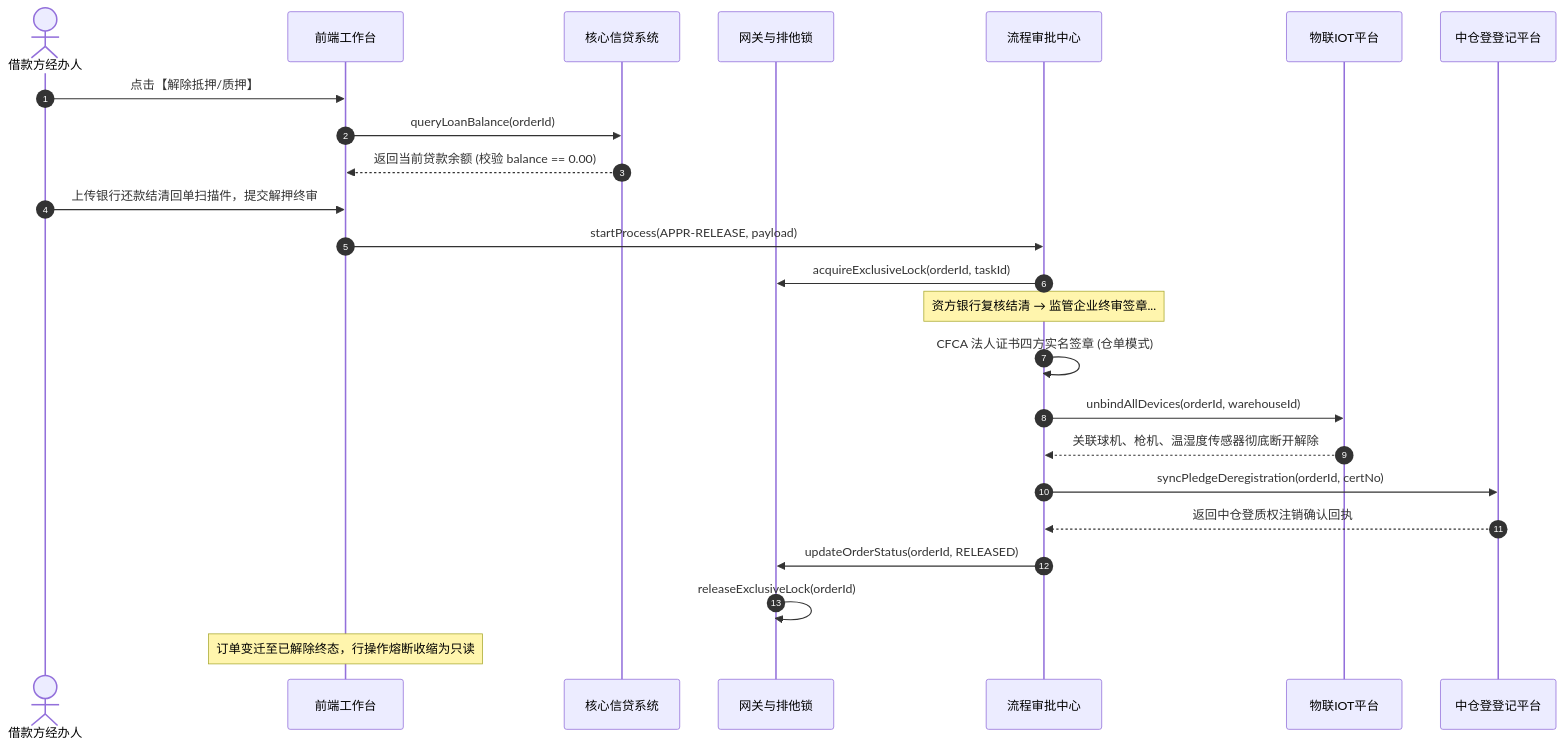
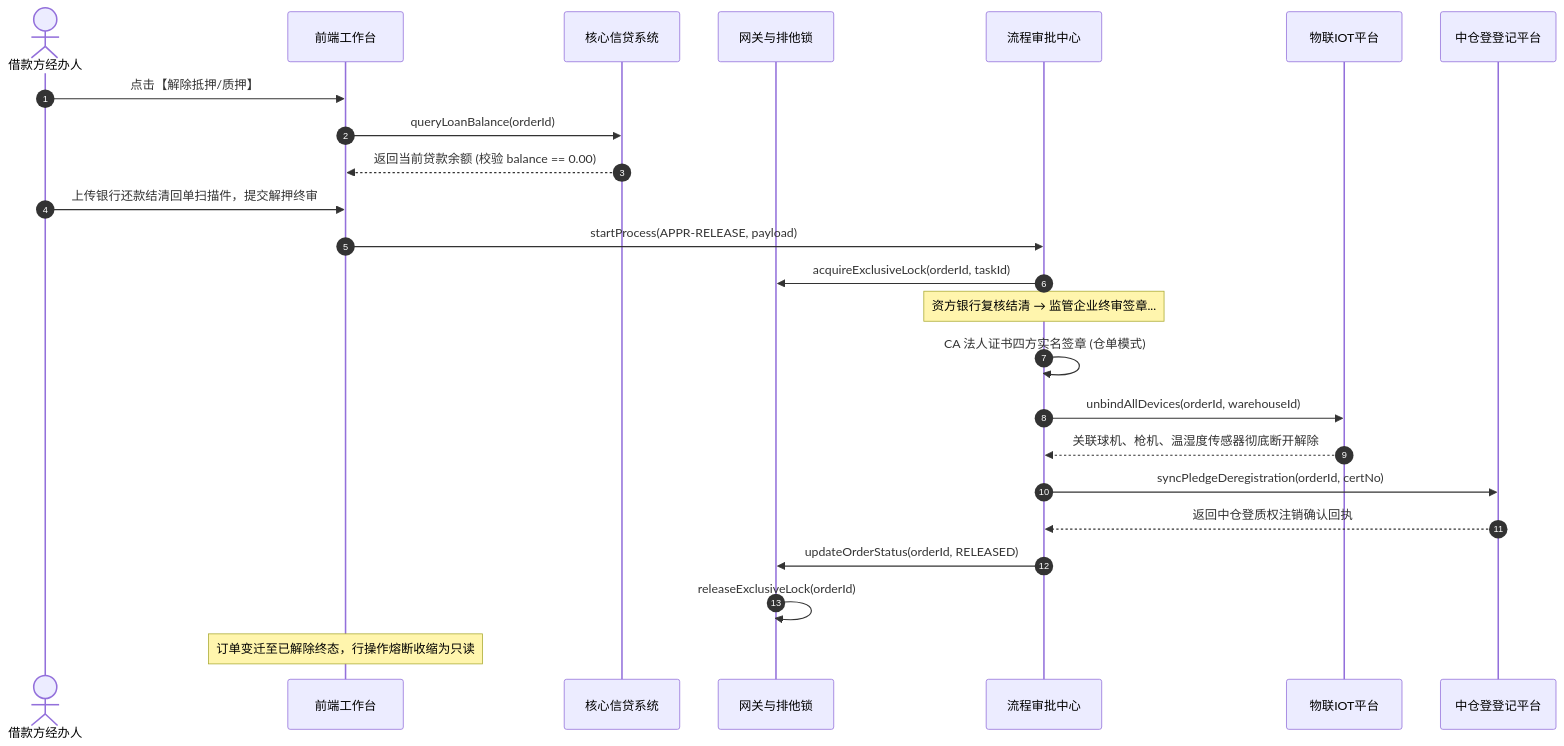
Before and after one commit to RobertHuang999/SYZC: the third of 5 diagrams in 02-PRD文档/🌟🌟🌟-最新基准版/B端PC/03-融资监管/07-抵质押业务-抵质押业务管理/抵质押业务管理业务规则规格.md, drawn with Mermaid. The commit also changed other lines of this file and 264 other files, not shown here.

````diff
--- a/02-PRD文档/🌟🌟🌟-最新基准版/B端PC/03-融资监管/07-抵质押业务-抵质押业务管理/抵质押业务管理业务规则规格.md
+++ b/02-PRD文档/🌟🌟🌟-最新基准版/B端PC/03-融资监管/07-抵质押业务-抵质押业务管理/抵质押业务管理业务规则规格.md
@@ -221,29 +209,29 @@
 ```mermaid
 sequenceDiagram
     autonumber
     actor Oper as 借款方经办人
     participant UI as 前端工作台
     participant Core as 核心信贷系统
     participant Gate as 网关与排他锁
     participant Flow as 流程审批中心
     participant IoT as 物联IOT平台
     participant ZCD as 中仓登登记平台
 
     Oper->>UI: 点击【解除抵押/质押】
     UI->>Core: queryLoanBalance(orderId)
     Core-->>UI: 返回当前贷款余额 (校验 balance == 0.00)
     Oper->>UI: 上传银行还款结清回单扫描件，提交解押终审
     UI->>Flow: startProcess(APPR-RELEASE, payload)
     Flow->>Gate: acquireExclusiveLock(orderId, taskId)
     
     Note over Flow: 资方银行复核结清 → 监管企业终审签章...
     
-    Flow->>Flow: CFCA 法人证书四方实名签章 (仓单模式)
+    Flow->>Flow: CA 法人证书四方实名签章 (仓单模式)
     Flow->>IoT: unbindAllDevices(orderId, warehouseId)
     IoT-->>Flow: 关联球机、枪机、温湿度传感器彻底断开解除
     Flow->>ZCD: syncPledgeDeregistration(orderId, certNo)
     ZCD-->>Flow: 返回中仓登质权注销确认回执
     Flow->>Gate: updateOrderStatus(orderId, RELEASED)
     Gate->>Gate: releaseExclusiveLock(orderId)
     Note over UI: 订单变迁至已解除终态，行操作熔断收缩为只读
 ```
````
